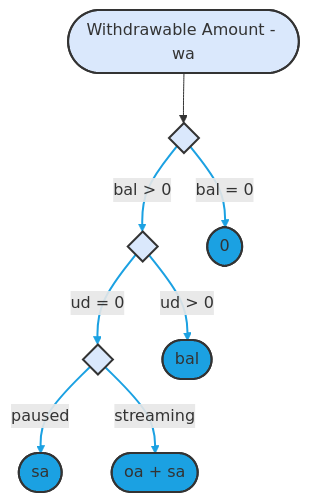
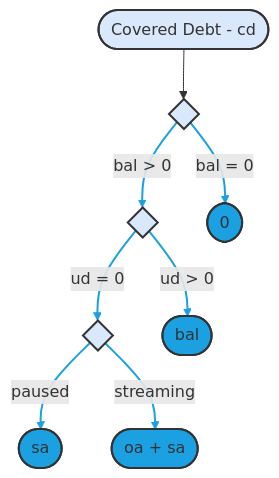
One commit to sablier-labs/flow changed the sixth of 8 diagrams in diagrams.md. Above: the diagram before and after it, drawn with Mermaid. The commit also changed other lines of this file and 13 other files, not shown here.

First line of the commit message:
refactor: rename "withdrawableAmount" to "coveredDebt"

````diff
--- a/diagrams.md
+++ b/diagrams.md
@@ -195,24 +195,24 @@
 ```mermaid
 flowchart TD
     di0{ }:::blue0
     di1{ }:::blue0
     di2{ }:::blue0
-    wa([Withdrawable Amount - wa]):::blue0
+    cd([Covered Debt - cd]):::blue0
     res_0([0 ]):::blue1
     res_bal([bal]):::blue1
     res_ra([sa]):::blue1
     res_sum([oa + sa]):::blue1
 
 
-    wa --> di0
+    cd --> di0
     di0 -- "bal = 0" --> res_0
     di0 -- "bal > 0" --> di1
     di1 -- "ud > 0" --> res_bal
     di1 -- "ud = 0" --> di2
     di2 -- "paused" --> res_ra
     di2 -- "streaming" --> res_sum
 
     classDef blue0 fill:#DAE8FC,stroke:#333,stroke-width:2px;
     classDef blue1 fill:#1BA1E2,stroke:#333,stroke-width:2px;
     linkStyle 1,2,3,4,5,6 stroke:#1BA1E2,stroke-width:2px
 ```
````
